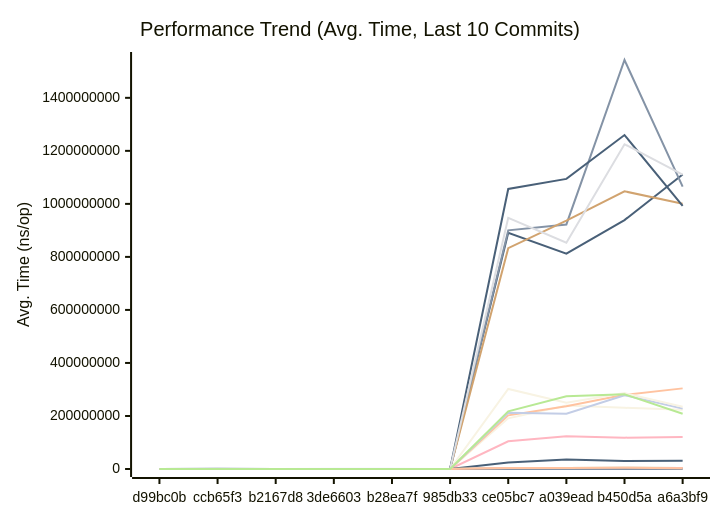
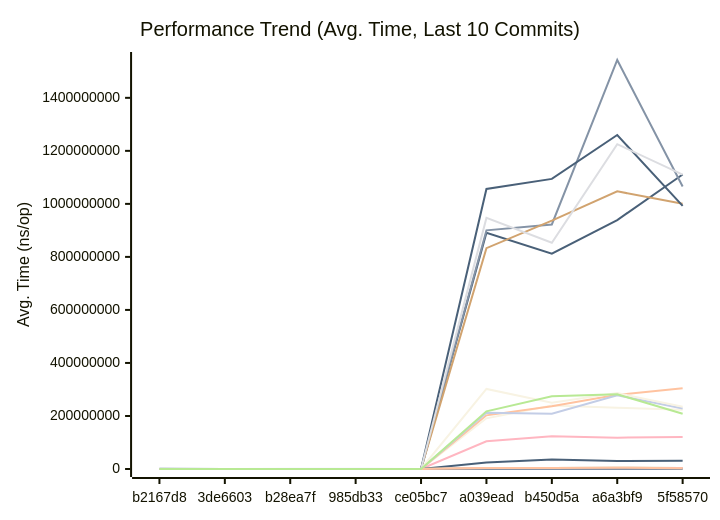
Before and after one commit to alsotoes/momo: the first of 3 diagrams in docs/PERFORMANCE.md, drawn with Mermaid. The commit also changed other lines of this file and 28 other files, not shown here.

````diff
--- a/docs/PERFORMANCE.md
+++ b/docs/PERFORMANCE.md
@@ -252,42 +252,42 @@
 ```mermaid
 xychart-beta
     title "Performance Trend (Avg. Time, Last 10 Commits)"
     x-axis "Commit"
     y-axis "Avg. Time (ns/op)"
-    x-axis [d99bc0b,ccb65f3,b2167d8,3de6603,b28ea7f,985db33,ce05bc7,a039ead,b450d5a,a6a3bf9]
-    line "AWSChunkedReaderSigned" [454201,498260,437140,488574,498069,465911,433775,468904,508062,513734]
-    line "AWSChunkedReaderUnsigned" [472936,515178,422333,429659,468690,435995,410570,459580,513068,555370]
-    line "CheckMetricsAndSwap" [11,10,8,8,11,8,8,8,10,10]
-    line "CrushOptimized" [327,392,318,363,314,313,296,324,395,388]
-    line "CrushOriginal" [473,508,433,434,468,438,389,424,500,510]
-    line "FormatListObjectsV2XML_AppendFormat" [0,0,0,0,0,0,585500,632895,781453,825885]
-    line "FormatListObjectsV2XML_OldFormat" [0,0,0,0,0,0,385936,392685,437988,457438]
-    line "HashBytes/1MiB" [0,0,0,0,0,0,2943044,3455198,4083758,3234966]
-    line "HashBytes/256MiB" [0,0,0,0,0,0,890920045,812286372,938923522,1110812216]
-    line "HashBytes/64MiB" [0,0,0,0,0,0,191159849,239861268,230821474,223678991]
-    line "HashFile/1MiB" [0,0,0,0,0,0,3438255,3866812,3929226,4016890]
-    line "HashFile/256MiB" [0,0,0,0,0,0,900152012,922386758,1542681975,1065256239]
-    line "HashFile/64MiB" [0,0,0,0,0,0,202378726,236988193,279832912,304125965]
-    line "IndexDirectTracking" [0,0,0,0,0,0,0,0,0,1]
-    line "IndexSearch" [3,3,3,2,2,2,3,3,3,3]
-    line "LoadGlobalConfig" [9369,9892,8516,8353,9052,8987,8373,9135,11430,10521]
-    line "LocalWrite/1MiB" [0,0,0,0,0,0,386344,535333,623012,523182]
-    line "LocalWrite/256MiB" [0,0,0,0,0,0,104739454,123322682,118227363,120742842]
-    line "LocalWrite/64MiB" [0,0,0,0,0,0,24065226,35686954,30222165,31091015]
-    line "PadString" [55,47,40,42,47,44,41,47,91,57]
+    x-axis [b2167d8,3de6603,b28ea7f,985db33,ce05bc7,a039ead,b450d5a,a6a3bf9,5f58570]
+    line "AWSChunkedReaderSigned" [498260,437140,488574,498069,465911,433775,468904,508062,513734,453907]
+    line "AWSChunkedReaderUnsigned" [515178,422333,429659,468690,435995,410570,459580,513068,555370,434075]
+    line "CheckMetricsAndSwap" [10,8,8,11,8,8,8,10,10,10]
+    line "CrushOptimized" [392,318,363,314,313,296,324,395,388,377]
+    line "CrushOriginal" [508,433,434,468,438,389,424,500,510,457]
+    line "FormatListObjectsV2XML_AppendFormat" [0,0,0,0,0,585500,632895,781453,825885,607733]
+    line "FormatListObjectsV2XML_OldFormat" [0,0,0,0,0,385936,392685,437988,457438,384420]
+    line "HashBytes/1MiB" [0,0,0,0,0,2943044,3455198,4083758,3234966,3413080]
+    line "HashBytes/256MiB" [0,0,0,0,0,890920045,812286372,938923522,1110812216,1079738977]
+    line "HashBytes/64MiB" [0,0,0,0,0,191159849,239861268,230821474,223678991,219197938]
+    line "HashFile/1MiB" [0,0,0,0,0,3438255,3866812,3929226,4016890,4018511]
+    line "HashFile/256MiB" [0,0,0,0,0,900152012,922386758,1542681975,1065256239,948781835]
+    line "HashFile/64MiB" [0,0,0,0,0,202378726,236988193,279832912,304125965,245379512]
+    line "IndexDirectTracking" [0,0,0,0,0,0,0,0,1,0]
+    line "IndexSearch" [3,3,2,2,2,3,3,3,3,2]
+    line "LoadGlobalConfig" [9892,8516,8353,9052,8987,8373,9135,11430,10521,10213]
+    line "LocalWrite/1MiB" [0,0,0,0,0,386344,535333,623012,523182,386063]
+    line "LocalWrite/256MiB" [0,0,0,0,0,104739454,123322682,118227363,120742842,111644085]
+    line "LocalWrite/64MiB" [0,0,0,0,0,24065226,35686954,30222165,31091015,24172266]
+    line "PadString" [47,40,42,47,44,41,47,91,57,43]
     line "ParseReplicationOrder_NoPrealloc" [350,349,357,354,345,225,229,165,232,234]
     line "ParseReplicationOrder_Prealloc" [229,231,237,234,229,108,107,80,110,109]
-    line "Placement" [0,0,0,0,0,0,4402,4818,5406,5565]
-    line "PlacementDomainSpread" [0,0,0,0,0,0,4713,5072,5712,5726]
-    line "ReadVerify/1MiB" [0,0,0,0,0,0,3322226,4158622,4423216,3880705]
-    line "ReadVerify/256MiB" [0,0,0,0,0,0,833047448,936726754,1047336519,1000480549]
-    line "ReadVerify/64MiB" [0,0,0,0,0,0,212456699,208430448,278276063,227817182]
-    line "S3PutSpool/1MiB" [0,0,0,0,0,0,3659136,3725511,4622411,4130137]
-    line "S3PutSpool/256MiB" [0,0,0,0,0,0,1056311038,1094320670,1259669614,992342042]
-    line "S3PutSpool/64MiB" [0,0,0,0,0,0,302092155,249542876,286259711,234949006]
-    line "SanitizeLog/Safe" [236,244,225,243,248,275,222,246,264,286]
-    line "SanitizeLog/Unsafe" [809,898,695,698,749,710,674,741,900,848]
-    line "TrustedRead/1MiB" [0,0,0,0,0,0,3530931,3629261,4639890,3222989]
-    line "TrustedRead/256MiB" [0,0,0,0,0,0,947127786,853259220,1225064259,1110598924]
-    line "TrustedRead/64MiB" [0,0,0,0,0,0,217573714,274674598,281874202,208613545]
+    line "Placement" [0,0,0,0,0,4402,4818,5406,5565,5457]
+    line "PlacementDomainSpread" [0,0,0,0,0,4713,5072,5712,5726,5715]
+    line "ReadVerify/1MiB" [0,0,0,0,0,3322226,4158622,4423216,3880705,3695998]
+    line "ReadVerify/256MiB" [0,0,0,0,0,833047448,936726754,1047336519,1000480549,885690851]
+    line "ReadVerify/64MiB" [0,0,0,0,0,212456699,208430448,278276063,227817182,208677144]
+    line "S3PutSpool/1MiB" [0,0,0,0,0,3659136,3725511,4622411,4130137,3968364]
+    line "S3PutSpool/256MiB" [0,0,0,0,0,1056311038,1094320670,1259669614,992342042,1114984906]
+    line "S3PutSpool/64MiB" [0,0,0,0,0,302092155,249542876,286259711,234949006,287125834]
+    line "SanitizeLog/Safe" [244,225,243,248,275,222,246,264,286,222]
+    line "SanitizeLog/Unsafe" [898,695,698,749,710,674,741,900,848,591]
+    line "TrustedRead/1MiB" [0,0,0,0,0,3530931,3629261,4639890,3222989,4353885]
+    line "TrustedRead/256MiB" [0,0,0,0,0,947127786,853259220,1225064259,1110598924,879089092]
+    line "TrustedRead/64MiB" [0,0,0,0,0,217573714,274674598,281874202,208613545,224760418]
 ```
````
